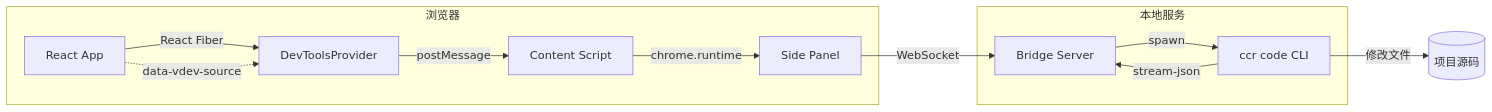
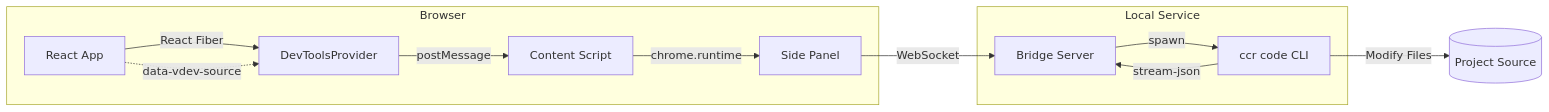
One commit to brucetoo/visual-agentic-dev changed the second of 3 diagrams in docs/ARCHITECTURE.md. Above: the diagram before and after it, drawn with Mermaid. The commit also changed other lines of this file and 3735 other files, not shown here.

````diff
--- a/docs/ARCHITECTURE.md
+++ b/docs/ARCHITECTURE.md
@@ -189,17 +189,17 @@
 ```mermaid
 flowchart LR
-    subgraph Browser["浏览器"]
+    subgraph Browser["Browser"]
         A[React App] -->|React Fiber| B[DevToolsProvider]
         A -.->|data-vdev-source| B
         B -->|postMessage| C[Content Script]
         C -->|chrome.runtime| D[Side Panel]
     end
     
-    subgraph Server["本地服务"]
+    subgraph Server["Local Service"]
         D -->|WebSocket| E[Bridge Server]
         E -->|spawn| F[ccr code CLI]
         F -->|stream-json| E
     end
     
-    F -->|修改文件| G[(项目源码)]
+    F -->|Modify Files| G[(Project Source)]
 ```
````
